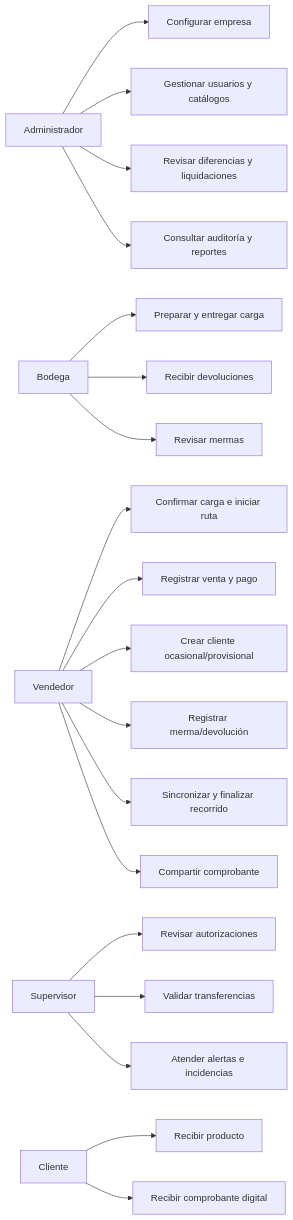
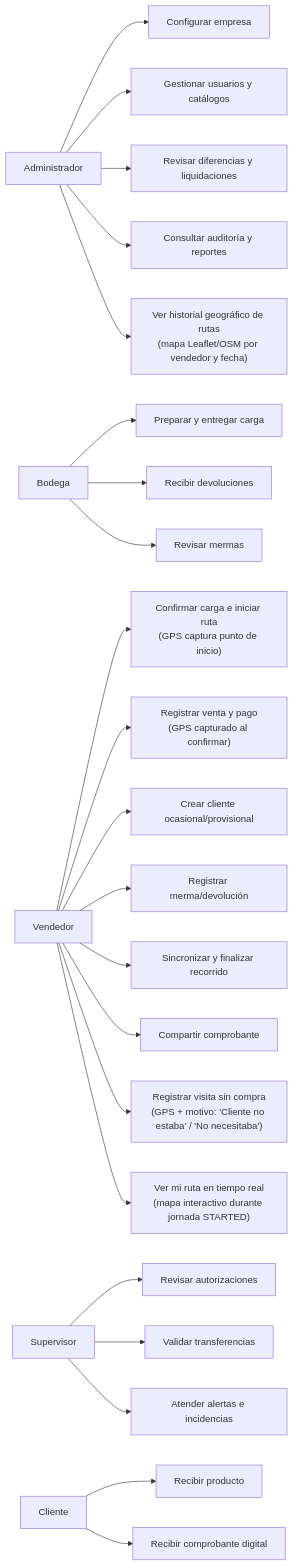
The diagram in diagrams/use-cases/use-cases-by-role.mmd (mchiroyl/purified-water-management), drawn with Mermaid before and after one commit. The commit also changed 10 other files, not shown here.

```diff
--- a/diagrams/use-cases/use-cases-by-role.mmd
+++ b/diagrams/use-cases/use-cases-by-role.mmd
@@ -1,23 +1,26 @@
 flowchart LR
     Admin["Administrador"] --> A1["Configurar empresa"]
     Admin --> A2["Gestionar usuarios y catálogos"]
     Admin --> A3["Revisar diferencias y liquidaciones"]
     Admin --> A4["Consultar auditoría y reportes"]
+    Admin --> A5["Ver historial geográfico de rutas\n(mapa Leaflet/OSM por vendedor y fecha)"]
 
     Warehouse["Bodega"] --> B1["Preparar y entregar carga"]
     Warehouse --> B2["Recibir devoluciones"]
     Warehouse --> B3["Revisar mermas"]
 
-    Seller["Vendedor"] --> V1["Confirmar carga e iniciar ruta"]
-    Seller --> V2["Registrar venta y pago"]
+    Seller["Vendedor"] --> V1["Confirmar carga e iniciar ruta\n(GPS captura punto de inicio)"]
+    Seller --> V2["Registrar venta y pago\n(GPS capturado al confirmar)"]
     Seller --> V3["Crear cliente ocasional/provisional"]
     Seller --> V4["Registrar merma/devolución"]
     Seller --> V5["Sincronizar y finalizar recorrido"]
     Seller --> V6["Compartir comprobante"]
+    Seller --> V7["Registrar visita sin compra\n(GPS + motivo: 'Cliente no estaba' / 'No necesitaba')"]
+    Seller --> V8["Ver mi ruta en tiempo real\n(mapa interactivo durante jornada STARTED)"]
 
     Supervisor["Supervisor"] --> S1["Revisar autorizaciones"]
     Supervisor --> S2["Validar transferencias"]
     Supervisor --> S3["Atender alertas e incidencias"]
 
     Customer["Cliente"] --> C1["Recibir producto"]
     Customer --> C2["Recibir comprobante digital"]
```
